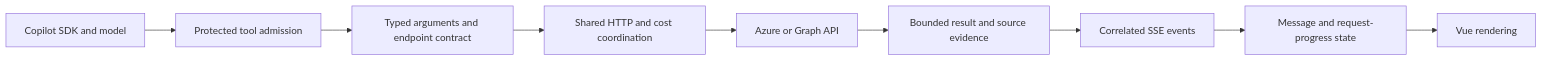
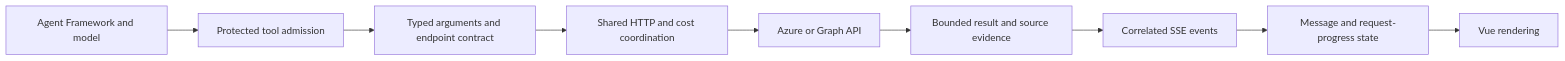
The diagram in docs/architecture.md (Azure-Samples/azure-finops-agent), drawn with Mermaid before and after one commit. The commit also changed other lines of this file and 54 other files, not shown here.

First line of the commit message:
Port runtime to Agent Framework with multi-URL QueryAzure fan-out

````diff
--- a/docs/architecture.md
+++ b/docs/architecture.md
@@ -7,11 +7,11 @@
 ```mermaid
 flowchart LR
-    Model[Copilot SDK and model] --> Admission[Protected tool admission]
+    Model[Agent Framework and model] --> Admission[Protected tool admission]
     Admission --> Tool[Typed arguments and endpoint contract]
     Tool --> Transport[Shared HTTP and cost coordination]
     Transport --> Provider[Azure or Graph API]
     Provider --> Evidence[Bounded result and source evidence]
     Evidence --> Events[Correlated SSE events]
     Events --> State[Message and request-progress state]
     State --> View[Vue rendering]
 ```
````
